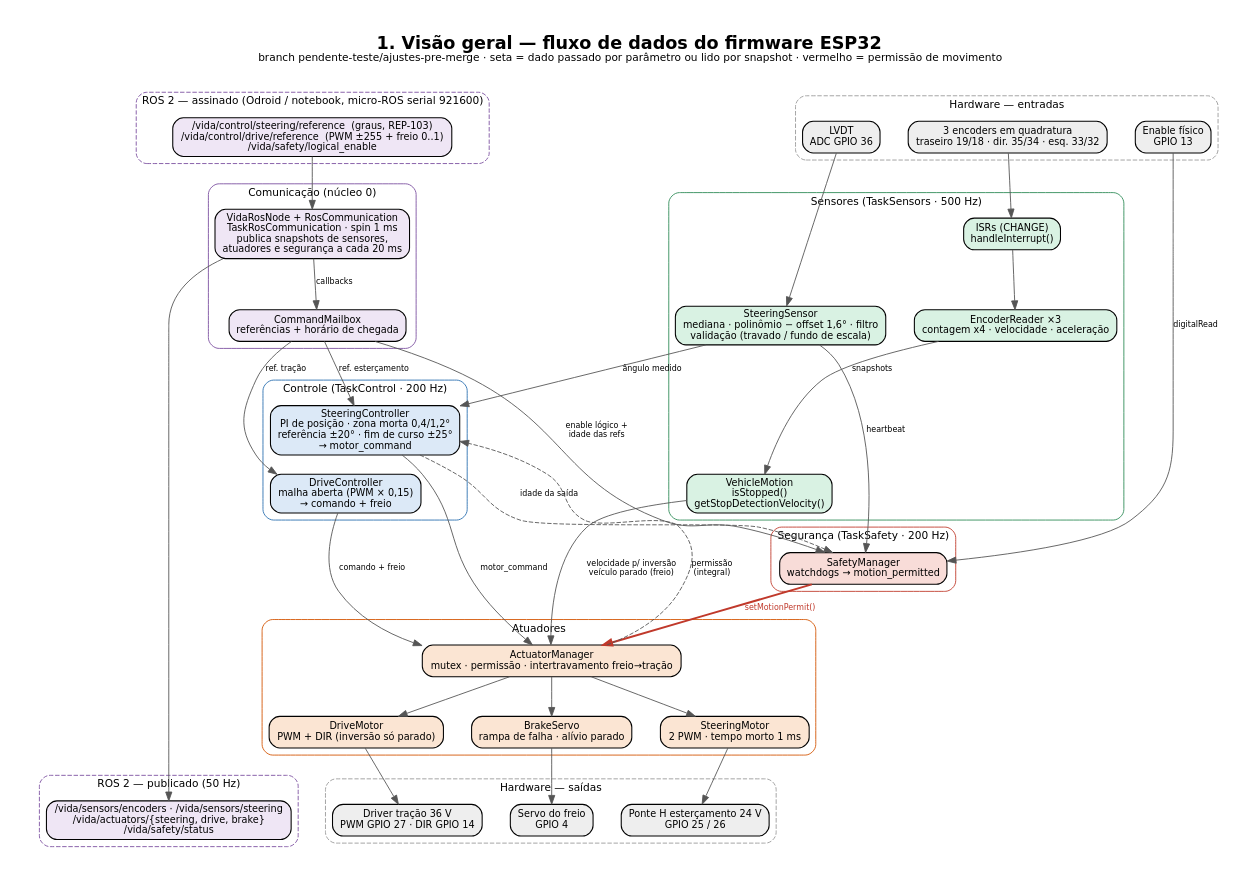
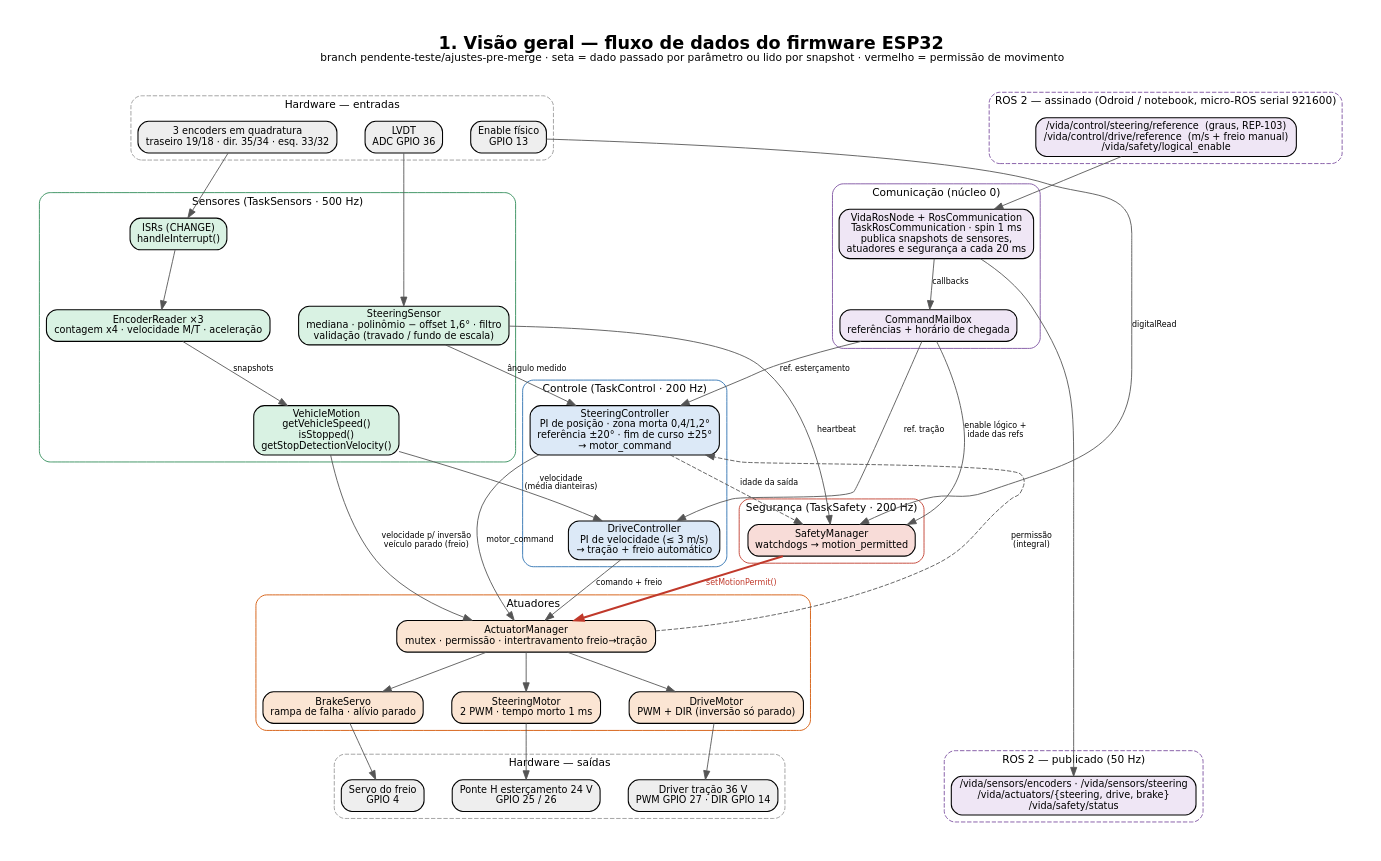
One commit to projeto-VIDA-UFLA/projeto-vida-firmware-esp32 changed the diagram in doc/arquitetura/1_arquitetura.dot. Above: the diagram before and after it, drawn with Graphviz. The commit also changed 12 other files, not shown here.

```diff
--- a/doc/arquitetura/1_arquitetura.dot
+++ b/doc/arquitetura/1_arquitetura.dot
@@ -1,82 +1,83 @@
 digraph G {
   graph [rankdir=TB, fontname="DejaVu Sans", fontsize=20, labelloc=t, nodesep=0.45, ranksep=0.6, pad=0.4, newrank=true,
          label=<<B>1. Visão geral — fluxo de dados do firmware ESP32</B><BR/><FONT POINT-SIZE="12">branch pendente-teste/ajustes-pre-merge · seta = dado passado por parâmetro ou lido por snapshot · vermelho = permissão de movimento</FONT><BR/> >];
   node  [fontname="DejaVu Sans", fontsize=11, shape=box, style="rounded,filled", penwidth=1.2];
   edge  [fontname="DejaVu Sans", fontsize=9, color="#555555"];
 
   subgraph cluster_hw_in { label="Hardware — entradas"; style="rounded,dashed"; color="#999999"; fontsize=12;
     enc_hw  [label="3 encoders em quadratura\ntraseiro 19/18 · dir. 35/34 · esq. 33/32", fillcolor="#eeeeee"];
     lvdt_hw [label="LVDT\nADC GPIO 36", fillcolor="#eeeeee"];
     en_hw   [label="Enable físico\nGPIO 13", fillcolor="#eeeeee"];
   }
 
   subgraph cluster_ros_in { label="ROS 2 — assinado (Odroid / notebook, micro-ROS serial 921600)"; style="rounded,dashed"; color="#7b4fa0"; fontsize=12;
-    t_in [label="/vida/control/steering/reference  (graus, REP-103)\n/vida/control/drive/reference  (PWM ±255 + freio 0..1)\n/vida/safety/logical_enable", fillcolor="#efe6f5"];
+    t_in [label="/vida/control/steering/reference  (graus, REP-103)\n/vida/control/drive/reference  (m/s + freio manual)\n/vida/safety/logical_enable", fillcolor="#efe6f5"];
   }
 
   subgraph cluster_sens { label="Sensores (TaskSensors · 500 Hz)"; style=rounded; color="#2e8b57"; fontsize=12;
     isr  [label="ISRs (CHANGE)\nhandleInterrupt()", fillcolor="#d9f2e3"];
-    enc  [label="EncoderReader ×3\ncontagem x4 · velocidade · aceleração", fillcolor="#d9f2e3"];
+    enc  [label="EncoderReader ×3\ncontagem x4 · velocidade M/T · aceleração", fillcolor="#d9f2e3"];
     ss   [label="SteeringSensor\nmediana · polinômio − offset 1,6° · filtro\nvalidação (travado / fundo de escala)", fillcolor="#d9f2e3"];
-    vm   [label="VehicleMotion\nisStopped()\ngetStopDetectionVelocity()", fillcolor="#d9f2e3"];
+    vm   [label="VehicleMotion\ngetVehicleSpeed()\nisStopped()\ngetStopDetectionVelocity()", fillcolor="#d9f2e3"];
   }
 
   subgraph cluster_com { label="Comunicação (núcleo 0)"; style=rounded; color="#7b4fa0"; fontsize=12;
     node_ros [label="VidaRosNode + RosCommunication\nTaskRosCommunication · spin 1 ms\npublica snapshots de sensores,\natuadores e segurança a cada 20 ms", fillcolor="#efe6f5"];
     mb       [label="CommandMailbox\nreferências + horário de chegada", fillcolor="#efe6f5"];
   }
 
   subgraph cluster_ctl { label="Controle (TaskControl · 200 Hz)"; style=rounded; color="#2a6fb0"; fontsize=12;
     sc [label="SteeringController\nPI de posição · zona morta 0,4/1,2°\nreferência ±20° · fim de curso ±25°\n→ motor_command", fillcolor="#dce9f7"];
-    dc [label="DriveController\nmalha aberta (PWM × 0,15)\n→ comando + freio", fillcolor="#dce9f7"];
+    dc [label="DriveController\nPI de velocidade (≤ 3 m/s)\n→ tração + freio automático", fillcolor="#dce9f7"];
   }
 
   subgraph cluster_saf { label="Segurança (TaskSafety · 200 Hz)"; style=rounded; color="#c0392b"; fontsize=12;
     sm [label="SafetyManager\nwatchdogs → motion_permitted", fillcolor="#f8dcd8"];
   }
 
   subgraph cluster_act { label="Atuadores"; style=rounded; color="#d35400"; fontsize=12;
     am [label="ActuatorManager\nmutex · permissão · intertravamento freio→tração", fillcolor="#fbe5d3"];
     sm_motor [label="SteeringMotor\n2 PWM · tempo morto 1 ms", fillcolor="#fbe5d3"];
     dm [label="DriveMotor\nPWM + DIR (inversão só parado)", fillcolor="#fbe5d3"];
     bs [label="BrakeServo\nrampa de falha · alívio parado", fillcolor="#fbe5d3"];
   }
 
   subgraph cluster_hw_out { label="Hardware — saídas"; style="rounded,dashed"; color="#999999"; fontsize=12;
     steer_hw [label="Ponte H esterçamento 24 V\nGPIO 25 / 26", fillcolor="#eeeeee"];
     drive_hw [label="Driver tração 36 V\nPWM GPIO 27 · DIR GPIO 14", fillcolor="#eeeeee"];
     brake_hw [label="Servo do freio\nGPIO 4", fillcolor="#eeeeee"];
   }
 
   subgraph cluster_ros_out { label="ROS 2 — publicado (50 Hz)"; style="rounded,dashed"; color="#7b4fa0"; fontsize=12;
     t_out [label="/vida/sensors/encoders · /vida/sensors/steering\n/vida/actuators/{steering, drive, brake}\n/vida/safety/status", fillcolor="#efe6f5"];
   }
 
   { rank=same; enc_hw; lvdt_hw; en_hw; t_in; }
   { rank=same; steer_hw; drive_hw; brake_hw; t_out; }
 
   enc_hw -> isr -> enc;
   lvdt_hw -> ss;
   en_hw -> sm [label="digitalRead"];
   t_in -> node_ros;
   node_ros -> mb [label="callbacks"];
 
   enc -> vm [label="snapshots"];
+  vm -> dc [label="velocidade\n(média dianteiras)"];
   mb -> sc [label="ref. esterçamento"];
   ss -> sc [label="ângulo medido"];
   mb -> dc [label="ref. tração"];
   mb -> sm [label="enable lógico +\nidade das refs"];
   ss -> sm [label="heartbeat"];
   sc -> sm [label="idade da saída", style=dashed];
 
   sc -> am [label="motor_command"];
   dc -> am [label="comando + freio"];
   vm -> am [label="velocidade p/ inversão\nveículo parado (freio)"];
   am -> sc [label="permissão\n(integral)", style=dashed, constraint=false];
   sm -> am [label="setMotionPermit()", color="#c0392b", fontcolor="#c0392b", penwidth=2.2];
 
   am -> sm_motor -> steer_hw;
   am -> dm -> drive_hw;
   am -> bs -> brake_hw;
   node_ros -> t_out;
 }
```
